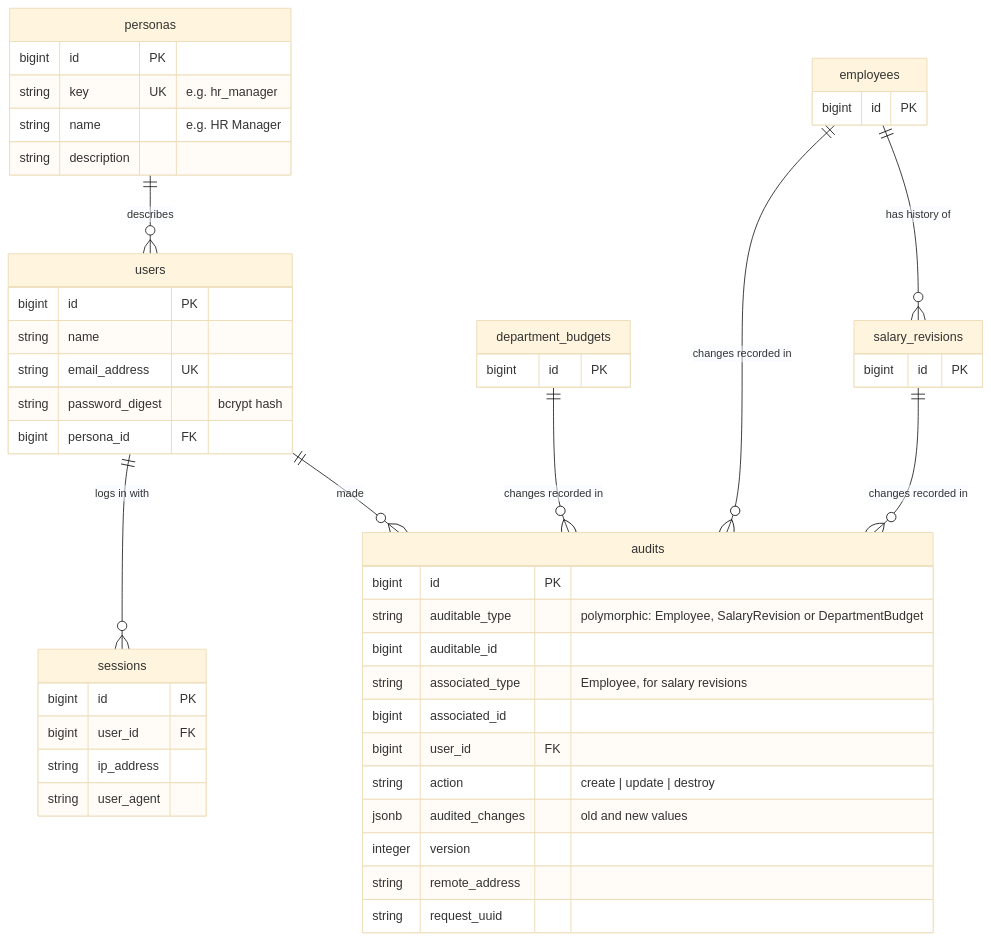
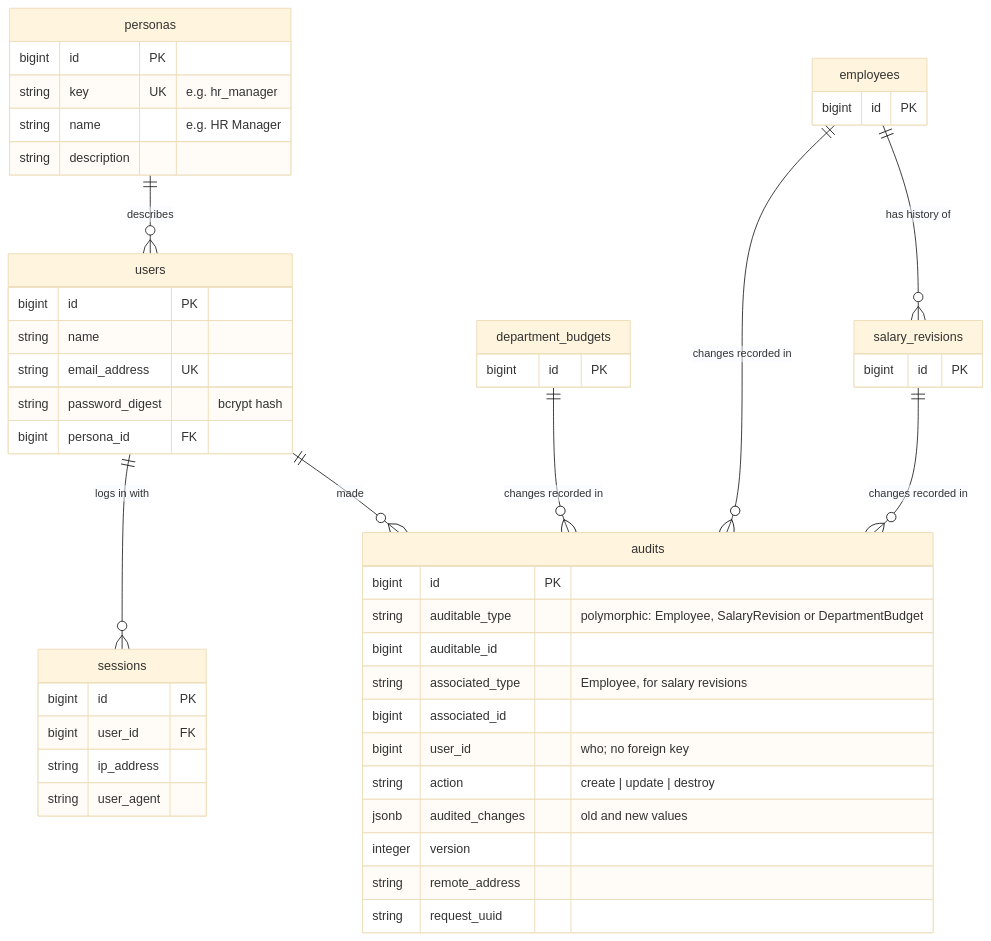
One commit to Kaustubh-githubs/Horizon changed the second of 2 diagrams in docs/schema.md. Above: the diagram before and after it, drawn with Mermaid (base theme). The commit also changed other lines of this file and 6 other files, not shown here.

First line of the commit message:
docs: bring the schema, performance, requirements and AI usage notes in line with the code

````diff
--- a/docs/schema.md
+++ b/docs/schema.md
@@ -80,52 +80,52 @@
 ```mermaid
 erDiagram
     personas ||--o{ users : "describes"
     users ||--o{ sessions : "logs in with"
     users ||--o{ audits : "made"
     department_budgets ||--o{ audits : "changes recorded in"
     employees ||--o{ audits : "changes recorded in"
     employees ||--o{ salary_revisions : "has history of"
     salary_revisions ||--o{ audits : "changes recorded in"
 
     personas {
         bigint id PK
         string key UK "e.g. hr_manager"
         string name "e.g. HR Manager"
         string description
     }
     users {
         bigint id PK
         string name
         string email_address UK
         string password_digest "bcrypt hash"
         bigint persona_id FK
     }
     sessions {
         bigint id PK
         bigint user_id FK
         string ip_address
         string user_agent
     }
     audits {
         bigint id PK
         string auditable_type "polymorphic: Employee, SalaryRevision or DepartmentBudget"
         bigint auditable_id
         string associated_type "Employee, for salary revisions"
         bigint associated_id
-        bigint user_id FK
+        bigint user_id "who; no foreign key"
         string action "create | update | destroy"
         jsonb audited_changes "old and new values"
         integer version
         string remote_address
         string request_uuid
     }
     department_budgets {
         bigint id PK
     }
     employees {
         bigint id PK
     }
     salary_revisions {
         bigint id PK
     }
 ```
````
